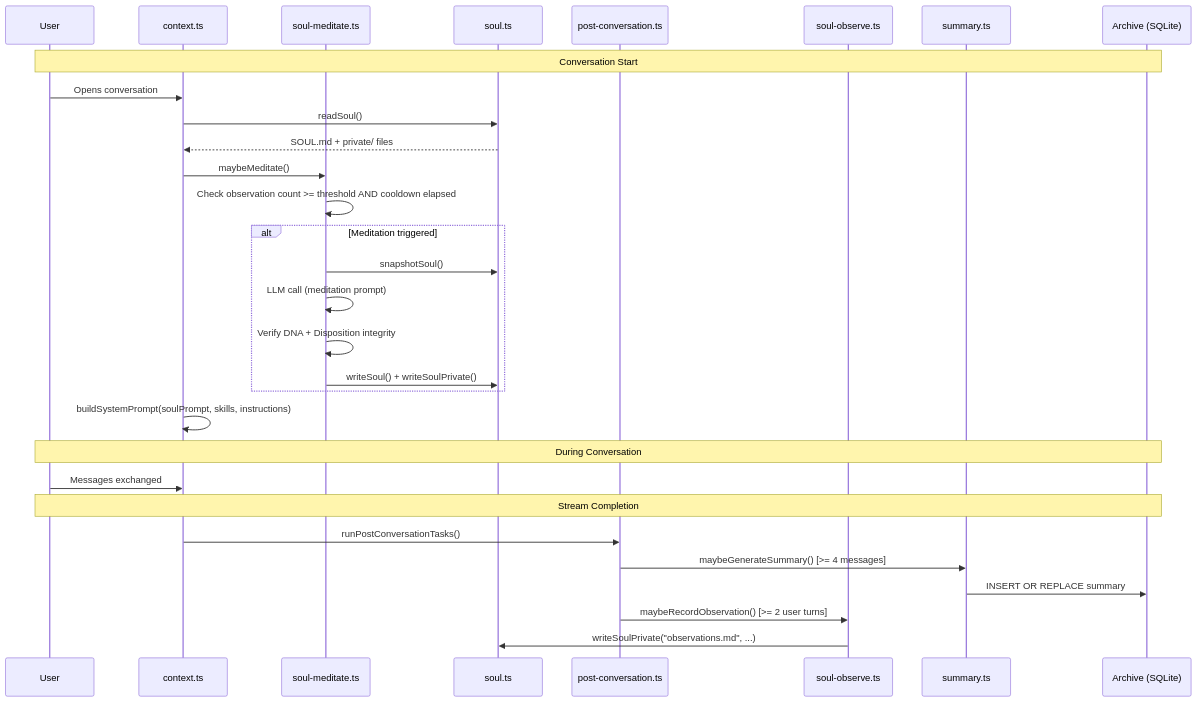
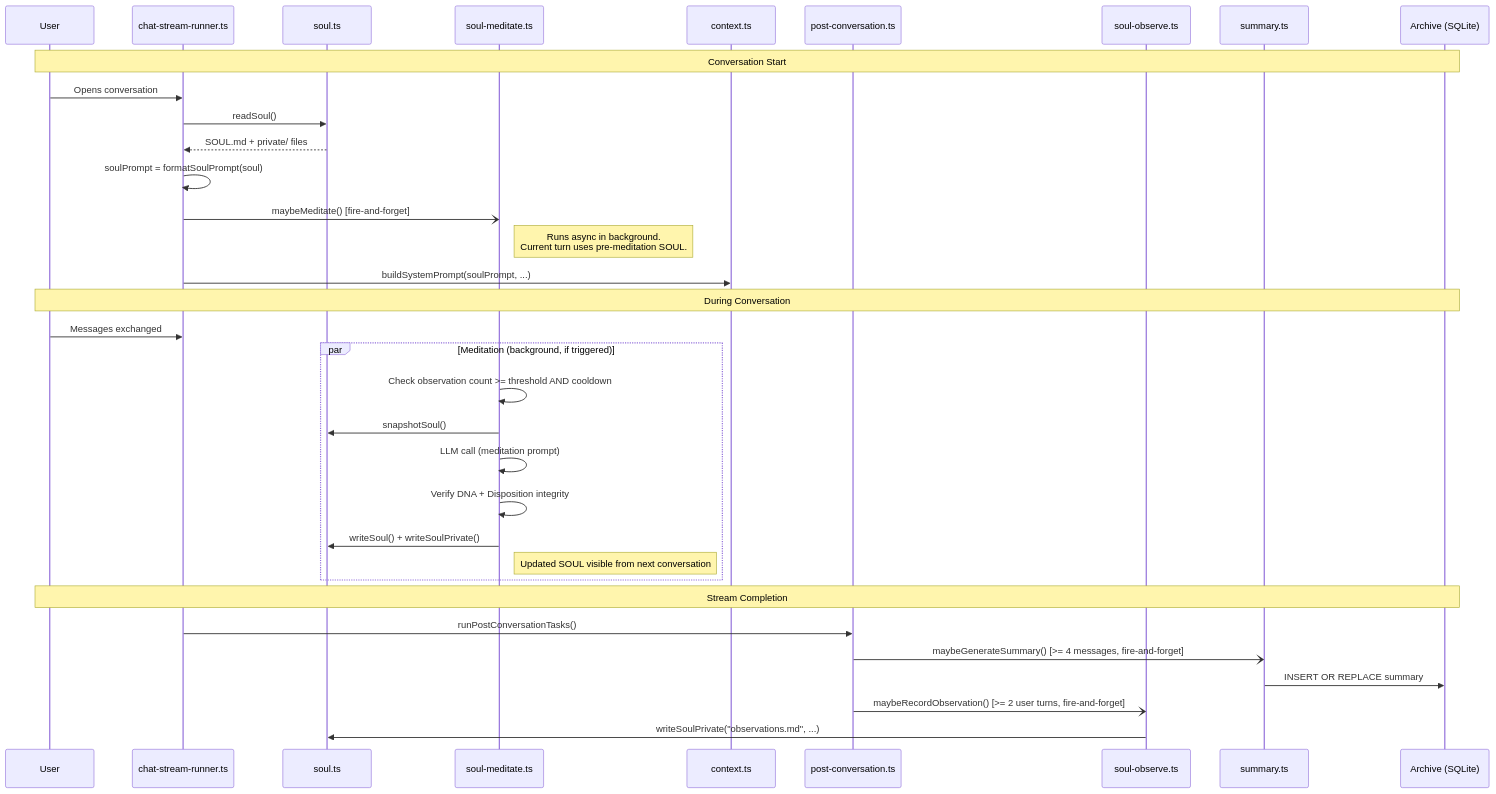
One commit to cove-founders/cove changed the first of 2 diagrams in docs/soul-system.md. Above: the diagram before and after it, drawn with Mermaid. The commit also changed other lines of this file and 1 other file, not shown here.

Commit message:
fix: correct sequence diagram async behavior and function references
- soul-system.md: fix end-to-end diagram to show maybeMeditate() as
  fire-and-forget, soulPrompt computed before meditation, current turn
  uses pre-meditation SOUL
- soul-implementation.md: fix parseMeditationOutput -> parseMeditationResult,
  stripAnnotations -> extractDispositionEntries, correct failure modes
  (leading preamble is tolerated by indexOf)

````diff
--- a/docs/soul-system.md
+++ b/docs/soul-system.md
@@ -25,35 +25,40 @@
 ```mermaid
 sequenceDiagram
     participant U as User
+    participant R as chat-stream-runner.ts
+    participant S as soul.ts
+    participant M as soul-meditate.ts
     participant C as context.ts
-    participant M as soul-meditate.ts
-    participant S as soul.ts
     participant P as post-conversation.ts
     participant O as soul-observe.ts
     participant Sum as summary.ts
     participant A as Archive (SQLite)
 
     Note over U,A: Conversation Start
-    U->>C: Opens conversation
-    C->>S: readSoul()
-    S-->>C: SOUL.md + private/ files
-    C->>M: maybeMeditate()
-    M->>M: Check observation count >= threshold AND cooldown elapsed
-    alt Meditation triggered
+    U->>R: Opens conversation
+    R->>S: readSoul()
+    S-->>R: SOUL.md + private/ files
+    R->>R: soulPrompt = formatSoulPrompt(soul)
+    R-)M: maybeMeditate() [fire-and-forget]
+    Note right of M: Runs async in background.<br/>Current turn uses pre-meditation SOUL.
+    R->>C: buildSystemPrompt(soulPrompt, ...)
+
+    Note over U,A: During Conversation
+    U->>R: Messages exchanged
+
+    par Meditation (background, if triggered)
+        M->>M: Check observation count >= threshold AND cooldown
         M->>S: snapshotSoul()
         M->>M: LLM call (meditation prompt)
         M->>M: Verify DNA + Disposition integrity
         M->>S: writeSoul() + writeSoulPrivate()
+        Note right of M: Updated SOUL visible from next conversation
     end
-    C->>C: buildSystemPrompt(soulPrompt, skills, instructions)
-
-    Note over U,A: During Conversation
-    U->>C: Messages exchanged
 
     Note over U,A: Stream Completion
-    C->>P: runPostConversationTasks()
-    P->>Sum: maybeGenerateSummary() [>= 4 messages]
+    R->>P: runPostConversationTasks()
+    P-)Sum: maybeGenerateSummary() [>= 4 messages, fire-and-forget]
     Sum->>A: INSERT OR REPLACE summary
-    P->>O: maybeRecordObservation() [>= 2 user turns]
+    P-)O: maybeRecordObservation() [>= 2 user turns, fire-and-forget]
     O->>S: writeSoulPrivate("observations.md", ...)
 ```
````
